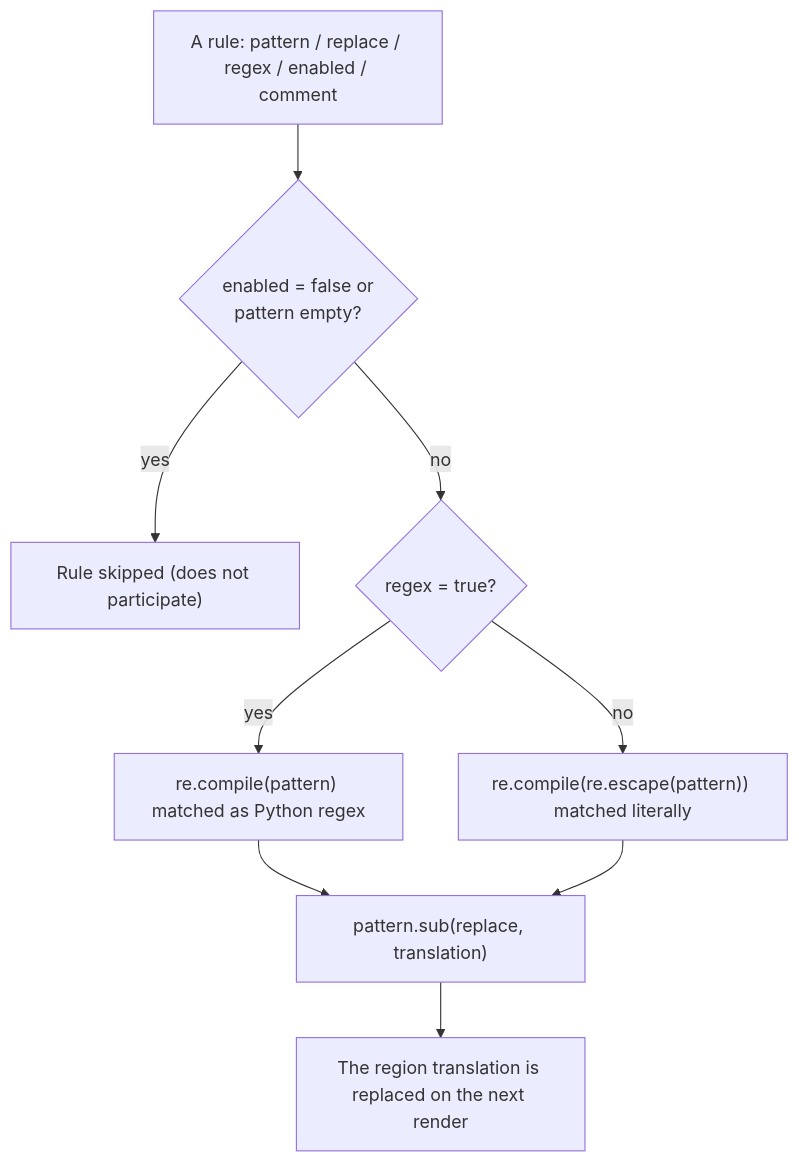
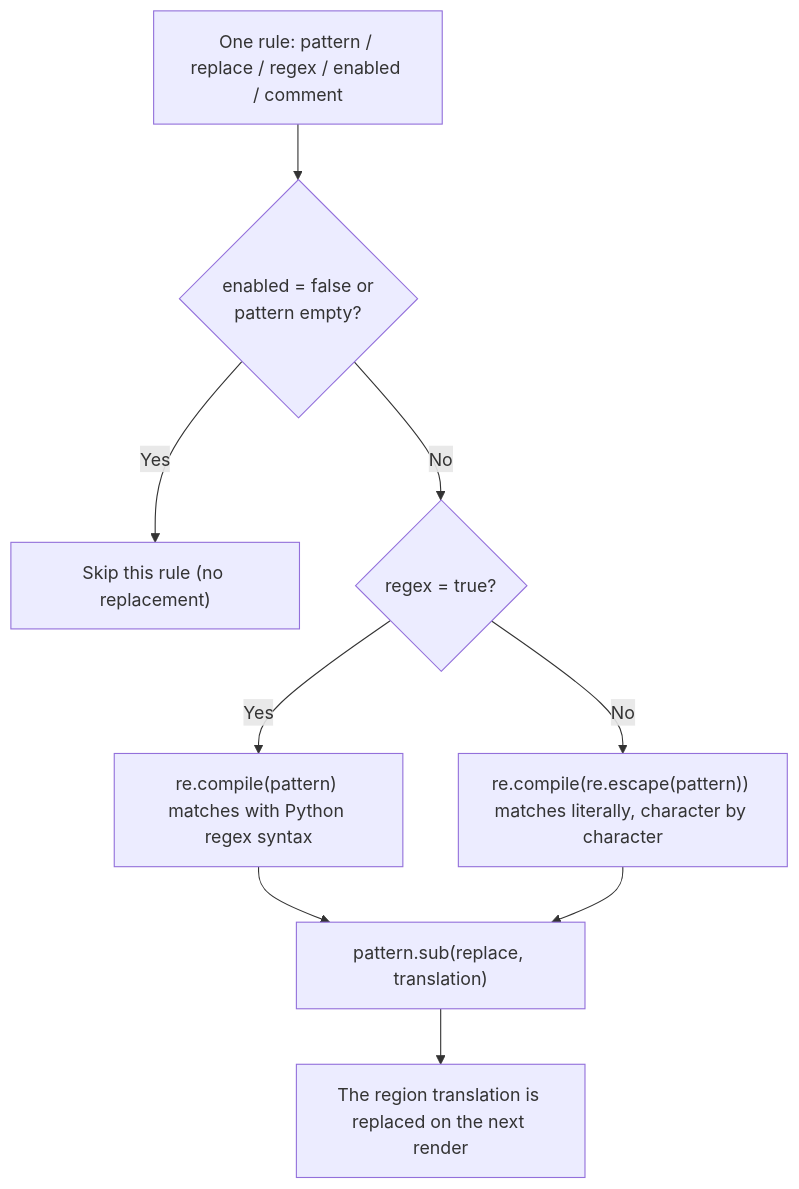
The first of 3 diagrams in doc/wiki/en/desktop/replacement-rules/raw-yaml-regex-and-save.md (hgmzhn/manga-translator-ui), drawn with Mermaid before and after one commit. The commit also changed other lines of this file and 252 other files, not shown here.

````diff
--- a/doc/wiki/en/desktop/replacement-rules/raw-yaml-regex-and-save.md
+++ b/doc/wiki/en/desktop/replacement-rules/raw-yaml-regex-and-save.md
@@ -109,11 +68,11 @@
 ```mermaid
 flowchart TD
-    RULE["A rule: pattern / replace / regex / enabled / comment"] --> CHECK{"enabled = false or\npattern empty?"}
-    CHECK -->|"yes"| SKIP["Rule skipped (does not participate)"]
-    CHECK -->|"no"| ISREGEX{"regex = true?"}
-    ISREGEX -->|"yes"| RC["re.compile(pattern) matched as Python regex"]
-    ISREGEX -->|"no"| LC["re.compile(re.escape(pattern)) matched literally"]
+    RULE["One rule: pattern / replace / regex / enabled / comment"] --> CHECK{"enabled = false or\npattern empty?"}
+    CHECK -->|"Yes"| SKIP["Skip this rule (no replacement)"]
+    CHECK -->|"No"| ISREGEX{"regex = true?"}
+    ISREGEX -->|"Yes"| RC["re.compile(pattern) matches with Python regex syntax"]
+    ISREGEX -->|"No"| LC["re.compile(re.escape(pattern)) matches literally, character by character"]
     RC --> SUB["pattern.sub(replace, translation)"]
     LC --> SUB
     SUB --> OUT["The region translation is replaced on the next render"]
 ```
````
